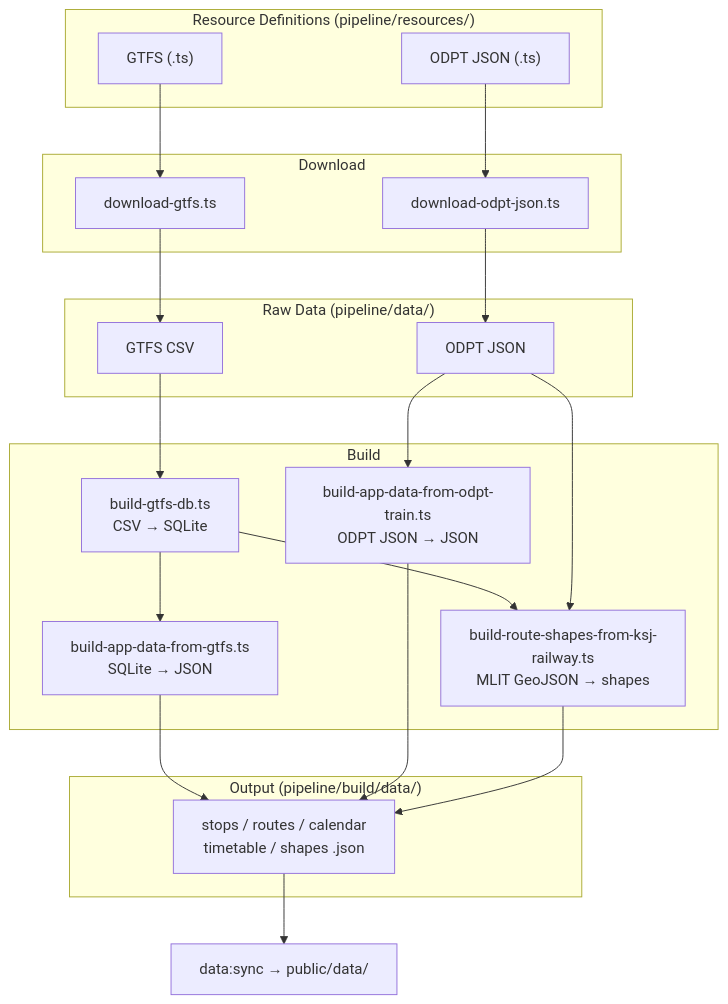
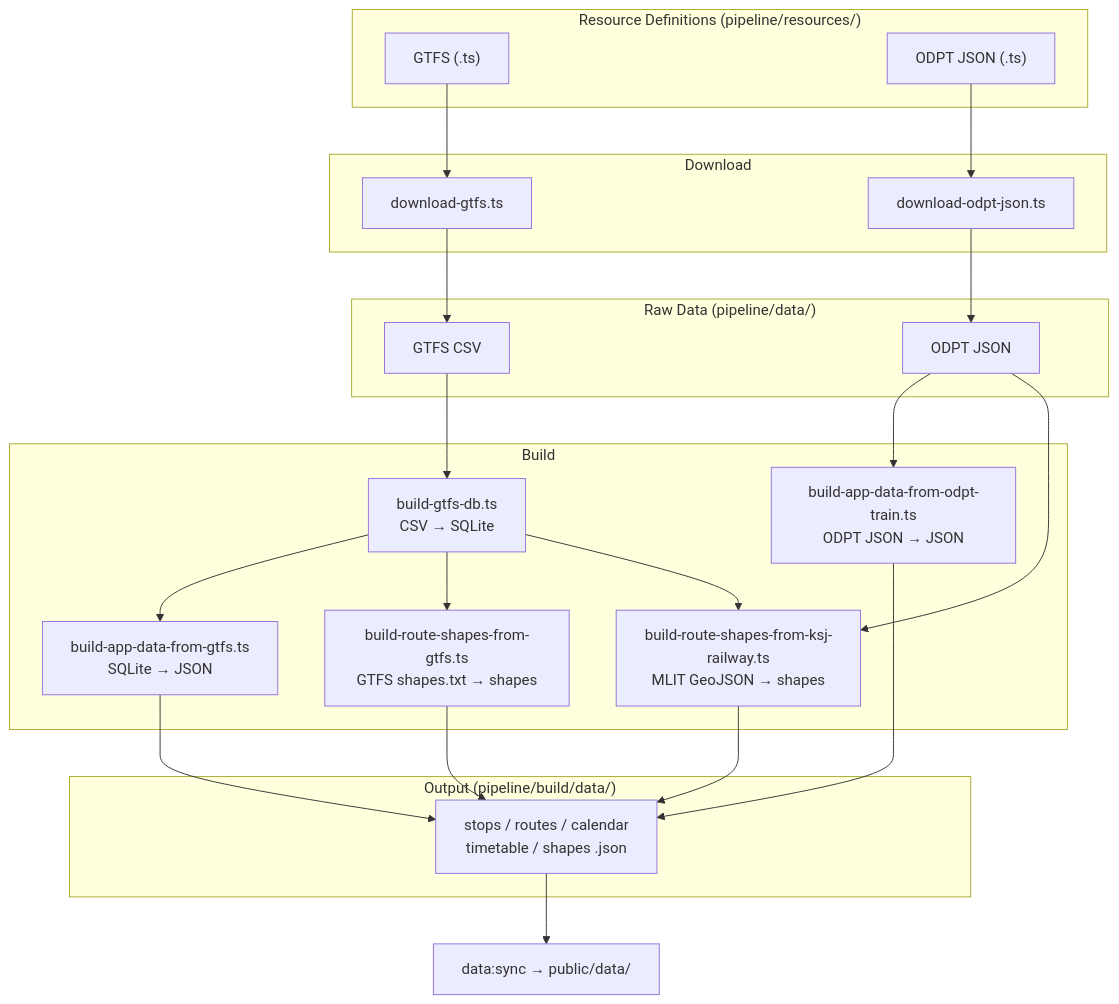
The diagram in pipeline/README.md (F88/athenai-transit), drawn with Mermaid before and after one commit. The commit also changed other lines of this file and 5 other files, not shown here.

````diff
--- a/pipeline/README.md
+++ b/pipeline/README.md
@@ -58,33 +60,35 @@
 ```mermaid
 flowchart TD
     subgraph src["Resource Definitions (pipeline/resources/)"]
         GR["GTFS (.ts)"]
         OR["ODPT JSON (.ts)"]
     end
 
     subgraph dl["Download"]
         GR --> DG["download-gtfs.ts"]
         OR --> DO["download-odpt-json.ts"]
     end
 
     subgraph raw["Raw Data (pipeline/data/)"]
         DG --> CSV["GTFS CSV"]
         DO --> OJSON["ODPT JSON"]
     end
 
     subgraph build["Build"]
         CSV --> DB["build-gtfs-db.ts<br/>CSV → SQLite"]
         DB --> BJ["build-app-data-from-gtfs.ts<br/>SQLite → JSON"]
         OJSON --> BO["build-app-data-from-odpt-train.ts<br/>ODPT JSON → JSON"]
-        DB --> BS["build-route-shapes-from-ksj-railway.ts<br/>MLIT GeoJSON → shapes"]
-        OJSON --> BS
+        DB --> BGS["build-route-shapes-from-gtfs.ts<br/>GTFS shapes.txt → shapes"]
+        DB --> BKS["build-route-shapes-from-ksj-railway.ts<br/>MLIT GeoJSON → shapes"]
+        OJSON --> BKS
     end
 
     subgraph out["Output (pipeline/build/data/)"]
         BJ --> JSON["stops / routes / calendar<br/>timetable / shapes .json"]
         BO --> JSON
-        BS --> JSON
+        BGS --> JSON
+        BKS --> JSON
     end
 
     JSON --> SYNC["data:sync → public/data/"]
 ```
````
